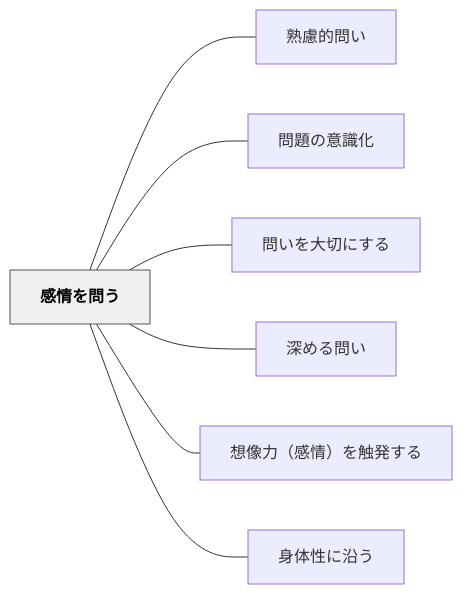
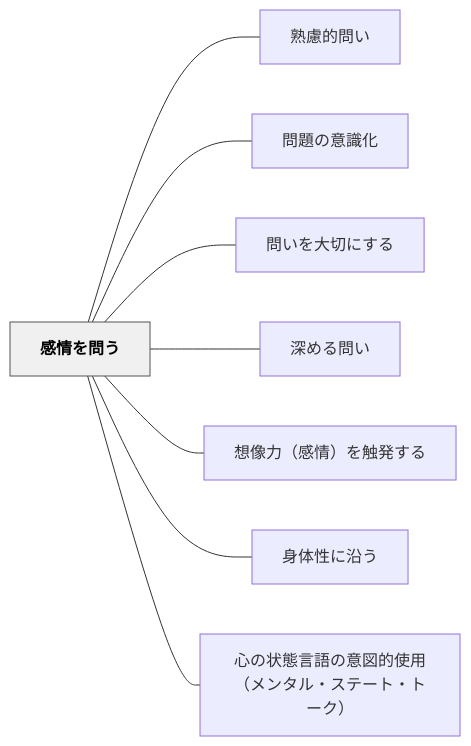
The diagram in content/パタン/感情を問う.md (unknownthings-ed-patterns/unknownthings-ed-patterns), drawn with Mermaid before and after one commit. The commit also changed 1 other file, not shown here.

Commit message:
auto: Obsidianから同期 2026-06-19 19:50

````diff
--- a/content/パタン/感情を問う.md
+++ b/content/パタン/感情を問う.md
@@ -44,20 +44,22 @@
 ```mermaid
 flowchart LR
     ne6849fe68385e38292e5958fe38186["感情を問う"]
     ne7869fe685aee79a84e5958fe38184["熟慮的問い"]
     ne5958fe9a18ce381aee6848fe8ad98e58c96["問題の意識化"]
     ne5958fe38184e38292e5a4a7e58887e381abe38199e3828b["問いを大切にする"]
     ne6b7b1e38281e3828be5958fe38184["深める問い"]
     ne683b3e5838fe58a9befbc88e6849fe68385efbc89e38292e8a7a6e799bae38199e3828b["想像力（感情）を触発する"]
     ne8baabe4bd93e680a7e381abe6b2bfe38186["身体性に沿う"]
+    ne5bf83e381aee78ab6e6858be8a880e8aa9ee381aee6848fe59bb3e79a84e4bdbfe794a8efbc88e383a1e383b3e382bfe383abe383bbe382b9e38386e383bce38388e383bbe38388e383bce382afefbc89["心の状態言語の意図的使用（メンタル・ステート・トーク）"]
 
     ne6849fe68385e38292e5958fe38186 --- ne7869fe685aee79a84e5958fe38184
     ne6849fe68385e38292e5958fe38186 --- ne5958fe9a18ce381aee6848fe8ad98e58c96
     ne6849fe68385e38292e5958fe38186 --- ne5958fe38184e38292e5a4a7e58887e381abe38199e3828b
     ne6849fe68385e38292e5958fe38186 --- ne6b7b1e38281e3828be5958fe38184
     ne6849fe68385e38292e5958fe38186 --- ne683b3e5838fe58a9befbc88e6849fe68385efbc89e38292e8a7a6e799bae38199e3828b
     ne6849fe68385e38292e5958fe38186 --- ne8baabe4bd93e680a7e381abe6b2bfe38186
+    ne6849fe68385e38292e5958fe38186 --- ne5bf83e381aee78ab6e6858be8a880e8aa9ee381aee6848fe59bb3e79a84e4bdbfe794a8efbc88e383a1e383b3e382bfe383abe383bbe382b9e38386e383bce38388e383bbe38388e383bce382afefbc89
 
     classDef hub fill:#f0f0f0,stroke:#555,color:#000,font-weight:bold
     class ne6849fe68385e38292e5958fe38186 hub
 ```
````
